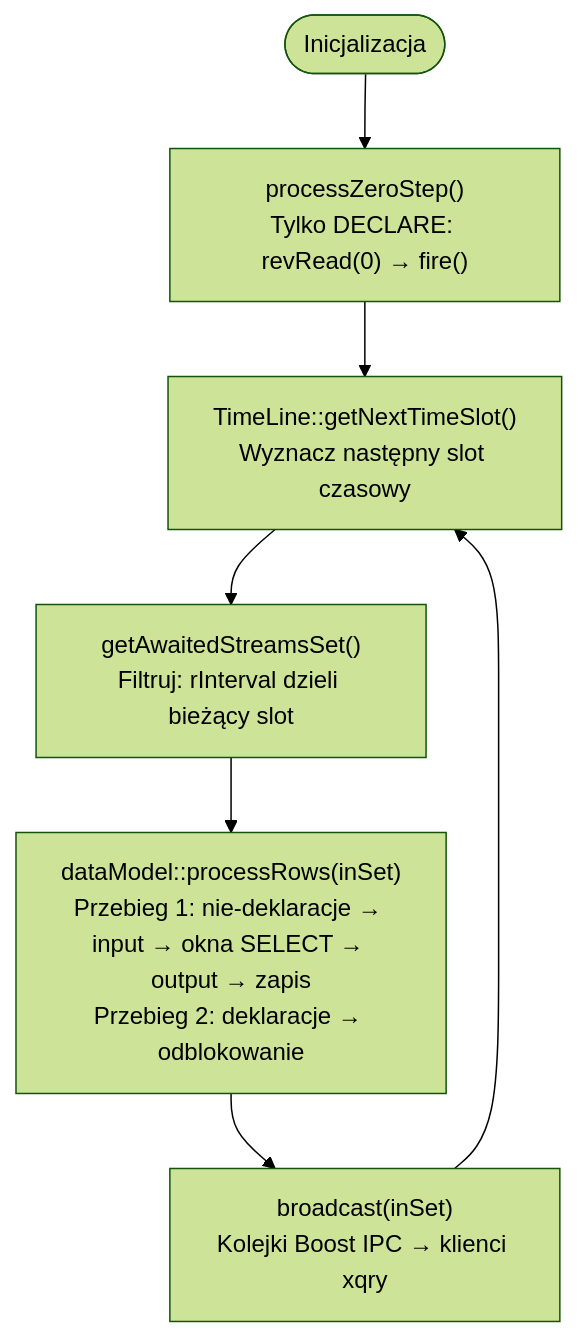
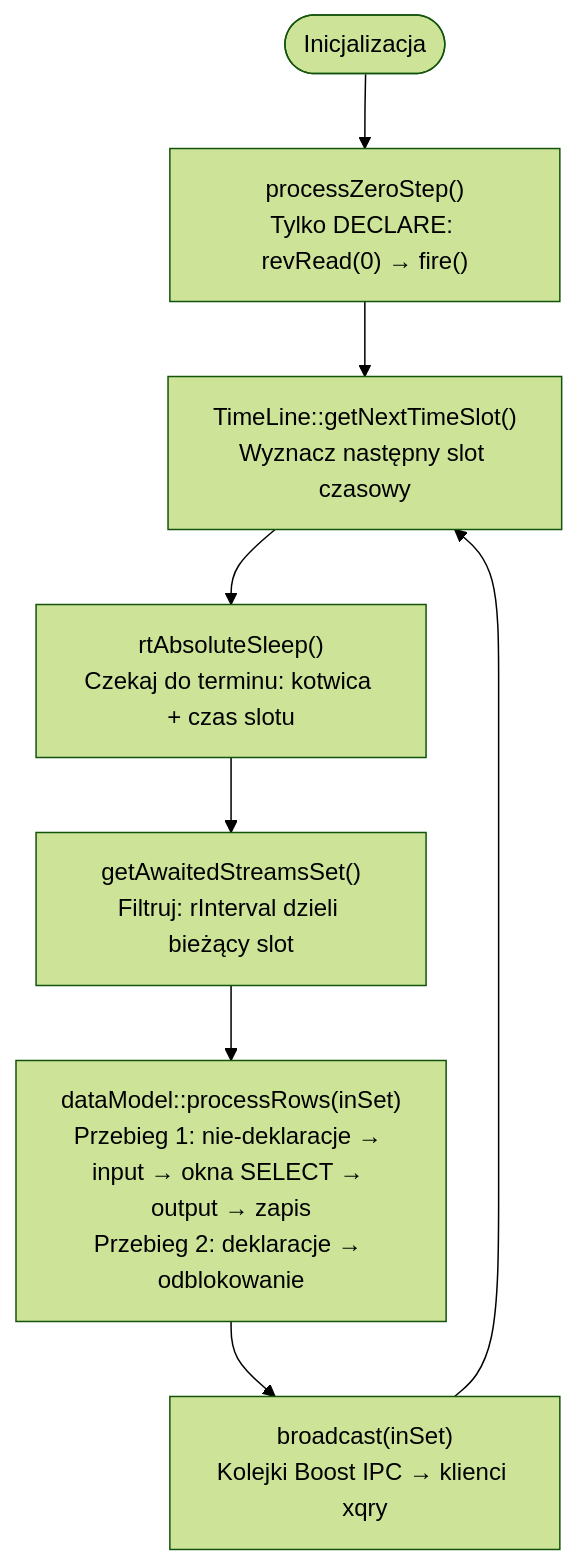
Before and after one commit to michalwidera/dokumentacja-rdb: the first of 6 diagrams in realizacja-zapytan/algorytm-przegladu-drzewa-zapytan.md, drawn with Mermaid (forest theme). The commit also changed other lines of this file and 4 other files, not shown here.

````diff
--- a/realizacja-zapytan/algorytm-przegladu-drzewa-zapytan.md
+++ b/realizacja-zapytan/algorytm-przegladu-drzewa-zapytan.md
@@ -7,11 +7,12 @@
 ```mermaid
 %% pdf-height: 55%
 %%{init: {"markdownAutoWrap": false}}%%
 flowchart TD
     A([Inicjalizacja]) --> B
     B["processZeroStep()<br/>Tylko DECLARE: revRead(0) → fire()"] --> C
-    C["TimeLine::getNextTimeSlot()<br/>Wyznacz następny slot czasowy"] --> D
+    C["TimeLine::getNextTimeSlot()<br/>Wyznacz następny slot czasowy"] --> W
+    W["rtAbsoluteSleep()<br/>Czekaj do terminu: kotwica + czas slotu"] --> D
     D["getAwaitedStreamsSet()<br/>Filtruj: rInterval dzieli bieżący slot"] --> E
     E["dataModel::processRows(inSet)<br/>Przebieg 1: nie-deklaracje → input → okna SELECT → output → zapis<br/>Przebieg 2: deklaracje → odblokowanie"] --> F
     F["broadcast(inSet)<br/>Kolejki Boost IPC → klienci xqry"] --> C
 ```
````
